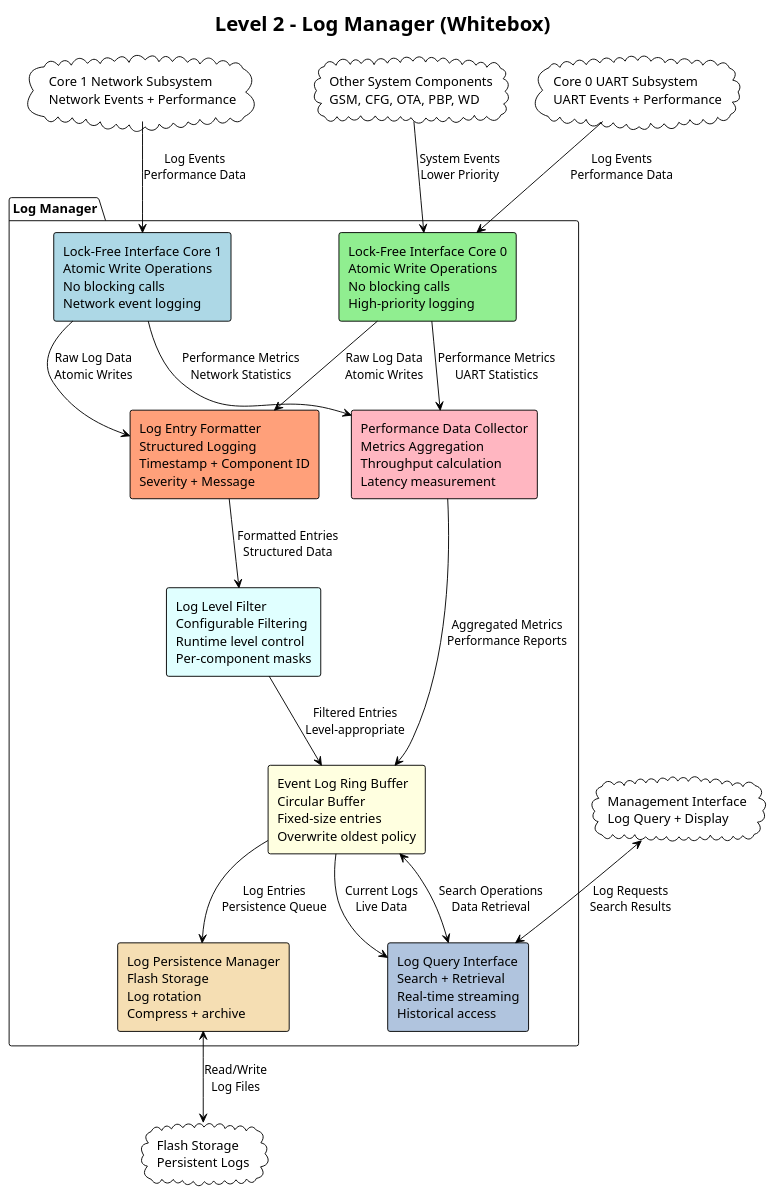
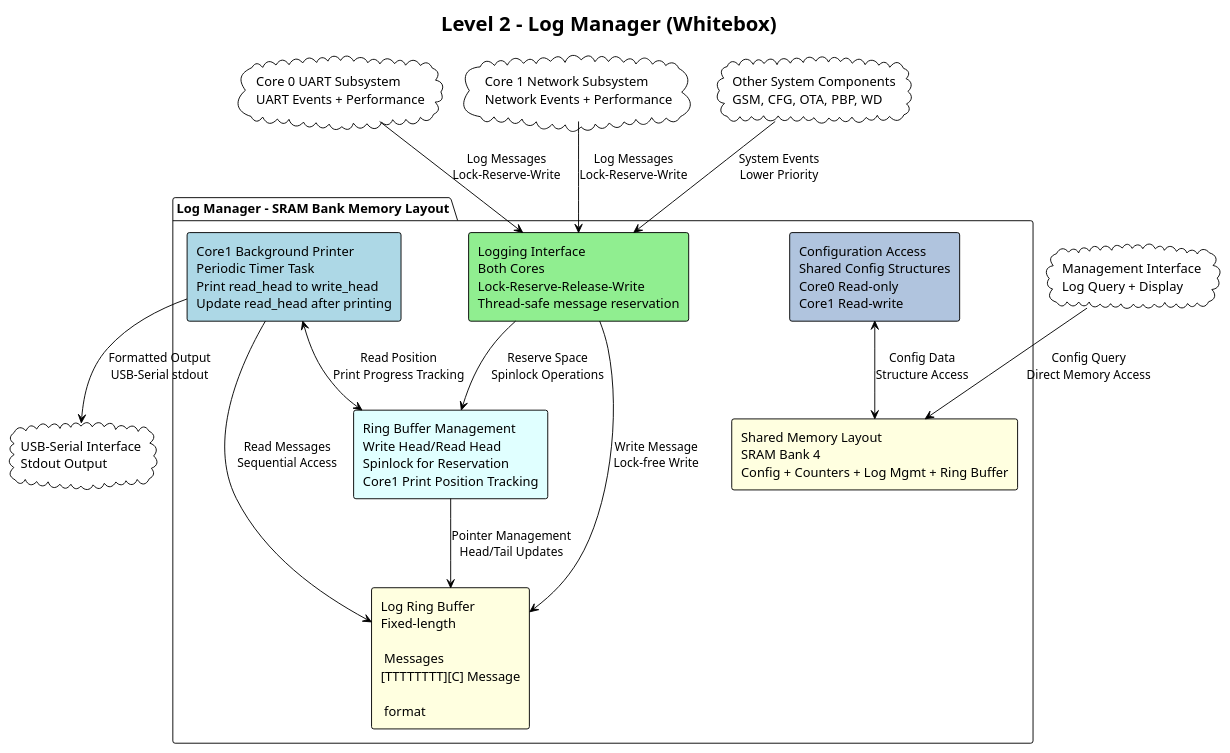
The fifth of 11 diagrams in src/docs/arc42/chapters/05_building_block_view.adoc (haxorsebb/UART2ETH), drawn with PlantUML before and after one commit. The commit also changed other lines of this file and 14 other files, not shown here.

First line of the commit message:
Update arc42 documentation for config manager and log manager design

```diff
--- a/src/docs/arc42/chapters/05_building_block_view.adoc
+++ b/src/docs/arc42/chapters/05_building_block_view.adoc
@@ -488,58 +488,46 @@
-[plantuml, level2-log-manager-simple, svg]
+[plantuml, level2-log-manager-updated, svg]
 ----
 @startuml
 !theme plain
 skinparam backgroundColor transparent
 skinparam componentStyle rectangle
 
 title Level 2 - Log Manager (Whitebox)
 
 cloud "Core 0 UART Subsystem\nUART Events + Performance" as C0
 cloud "Core 1 Network Subsystem\nNetwork Events + Performance" as C1
 cloud "Other System Components\nGSM, CFG, OTA, PBP, WD" as OTHER
+cloud "USB-Serial Interface\nStdout Output" as USB
 cloud "Management Interface\nLog Query + Display" as MI
-cloud "Flash Storage\nPersistent Logs" as FLASH
 
-package "Log Manager" {
-    component "Lock-Free Interface Core 0\nAtomic Write Operations\nNo blocking calls\nHigh-priority logging" as LF0 #lightgreen
+package "Log Manager - SRAM Bank Memory Layout" {
+    component "Logging Interface\nBoth Cores\nLock-Reserve-Release-Write\nThread-safe message reservation" as LOG_IF #lightgreen
     
-    component "Lock-Free Interface Core 1\nAtomic Write Operations\nNo blocking calls\nNetwork event logging" as LF1 #lightblue
+    component "Shared Memory Layout\nSRAM Bank 4\nConfig + Counters + Log Mgmt + Ring Buffer" as SHARED_MEM #lightyellow
     
-    component "Event Log Ring Buffer\nCircular Buffer\nFixed-size entries\nOverwrite oldest policy" as RING #lightyellow
+    component "Ring Buffer Management\nWrite Head/Read Head\nSpinlock for Reservation\nCore1 Print Position Tracking" as RING_MGMT #lightcyan
     
-    component "Log Entry Formatter\nStructured Logging\nTimestamp + Component ID\nSeverity + Message" as FORMAT #lightsalmon
+    component "Log Ring Buffer\nFixed-length \r\n Messages\n[TTTTTTTT][C] Message\r\n format" as RING_BUFFER #lightyellow
     
-    component "Log Level Filter\nConfigurable Filtering\nRuntime level control\nPer-component masks" as FILTER #lightcyan
+    component "Core1 Background Printer\nPeriodic Timer Task\nPrint read_head to write_head\nUpdate read_head after printing" as PRINTER #lightblue
     
-    component "Performance Data Collector\nMetrics Aggregation\nThroughput calculation\nLatency measurement" as PERF #lightpink
-    
-    component "Log Query Interface\nSearch + Retrieval\nReal-time streaming\nHistorical access" as QUERY #lightsteelblue
-    
-    component "Log Persistence Manager\nFlash Storage\nLog rotation\nCompress + archive" as PERSIST #wheat
+    component "Configuration Access\nShared Config Structures\nCore0 Read-only\nCore1 Read-write" as CONFIG_ACCESS #lightsteelblue
 }
 
 ' External connections
-C0 --> LF0 : Log Events\nPerformance Data
-C1 --> LF1 : Log Events\nPerformance Data
-OTHER --> LF0 : System Events\nLower Priority
-MI <--> QUERY : Log Requests\nSearch Results
-PERSIST <--> FLASH : Read/Write\nLog Files
+C0 --> LOG_IF : Log Messages\nLock-Reserve-Write
+C1 --> LOG_IF : Log Messages\nLock-Reserve-Write  
+OTHER --> LOG_IF : System Events\nLower Priority
+PRINTER --> USB : Formatted Output\nUSB-Serial stdout
+MI --> SHARED_MEM : Config Query\nDirect Memory Access
 
-' Internal connections - Core Data Flow
-LF0 --> FORMAT : Raw Log Data\nAtomic Writes
-LF1 --> FORMAT : Raw Log Data\nAtomic Writes
-FORMAT --> FILTER : Formatted Entries\nStructured Data
-FILTER --> RING : Filtered Entries\nLevel-appropriate
-
-' Internal connections - Performance Data
-LF0 --> PERF : Performance Metrics\nUART Statistics
-LF1 --> PERF : Performance Metrics\nNetwork Statistics
-PERF --> RING : Aggregated Metrics\nPerformance Reports
-
-' Internal connections - Output
-RING --> QUERY : Current Logs\nLive Data
-RING --> PERSIST : Log Entries\nPersistence Queue
-QUERY <--> RING : Search Operations\nData Retrieval
+' Internal connections
+LOG_IF --> RING_MGMT : Reserve Space\nSpinlock Operations
+LOG_IF --> RING_BUFFER : Write Message\nLock-free Write
+RING_MGMT --> RING_BUFFER : Pointer Management\nHead/Tail Updates
+PRINTER <--> RING_MGMT : Read Position\nPrint Progress Tracking
+PRINTER --> RING_BUFFER : Read Messages\nSequential Access
+CONFIG_ACCESS <--> SHARED_MEM : Config Data\nStructure Access
 
 @enduml
 ----
```
